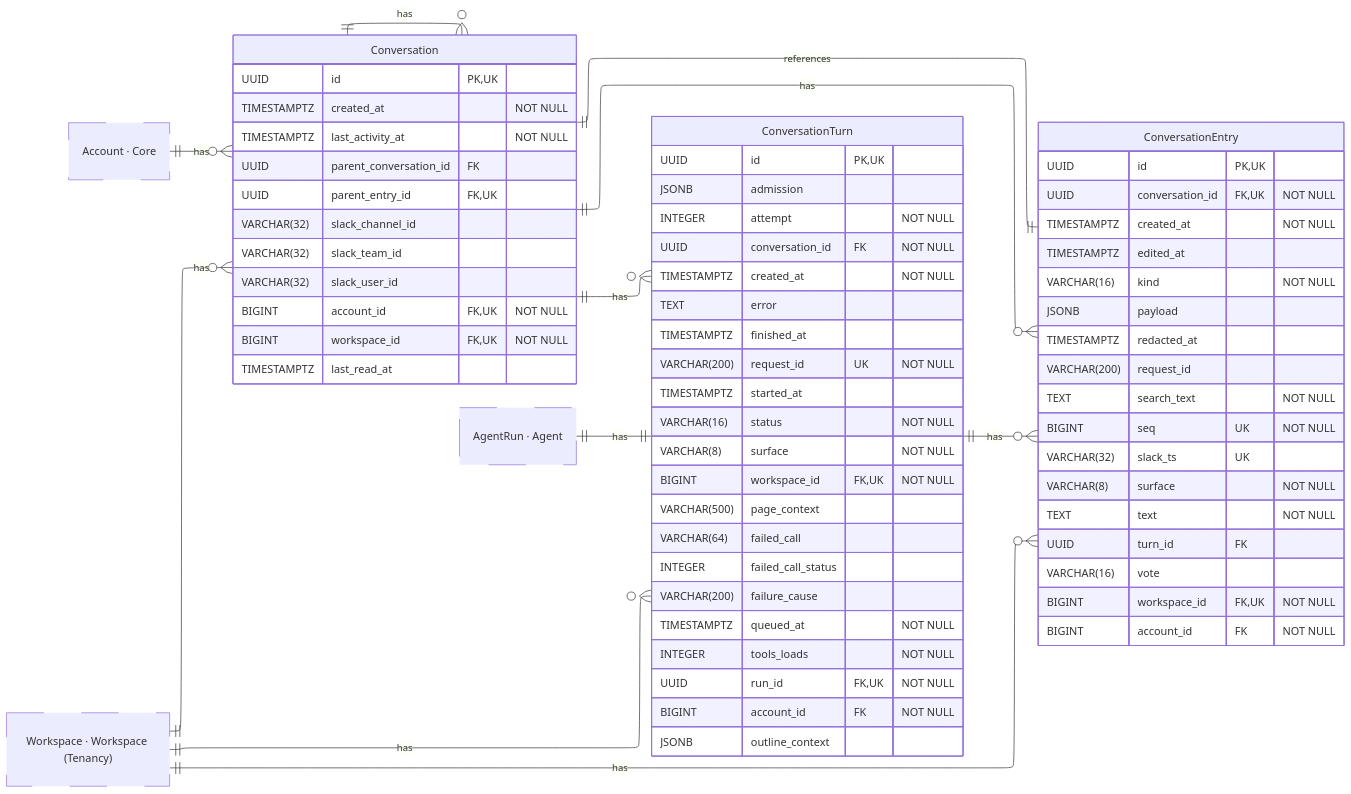
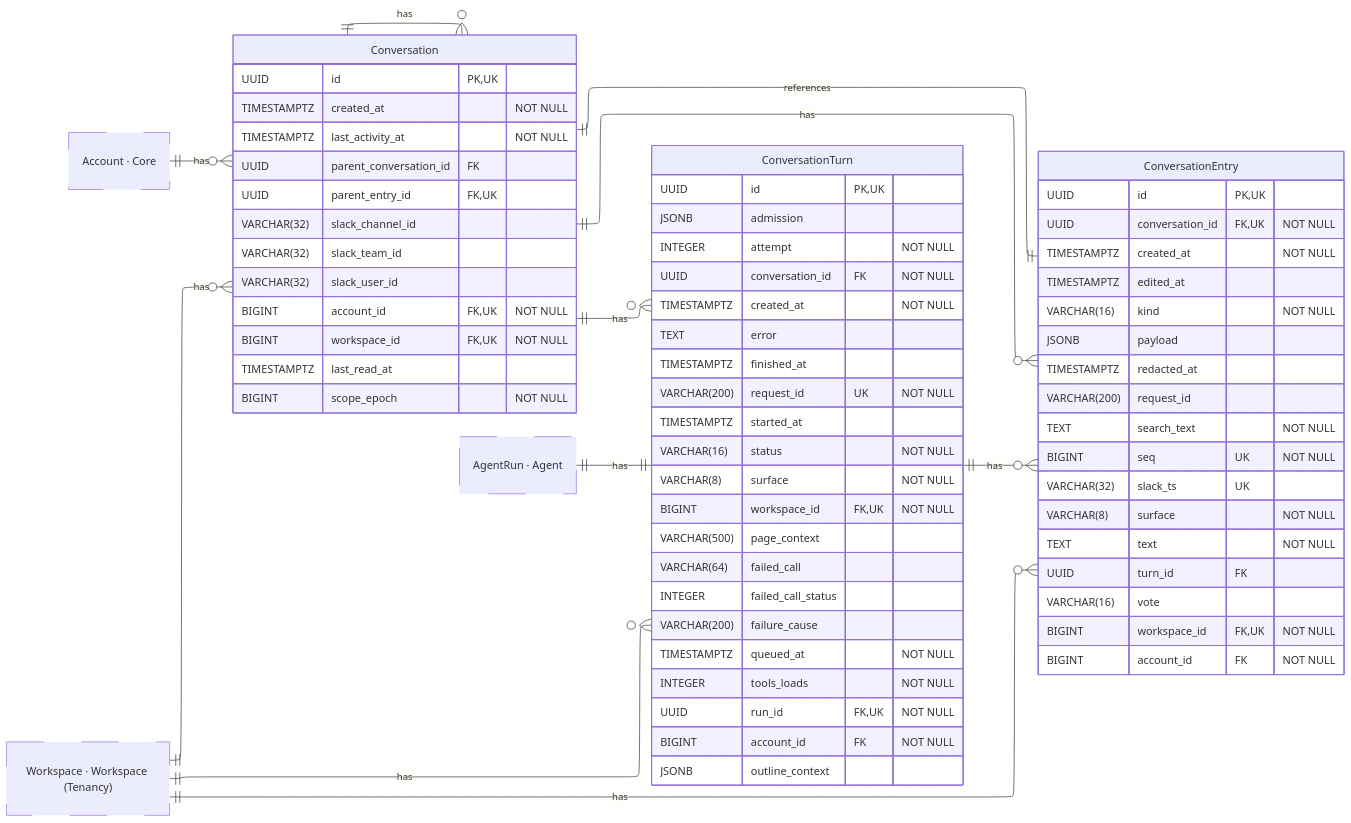
Before and after one commit to hephaestus-build/Hephaestus: the diagram in docs/contributor/erd/conversation.mmd, drawn with Mermaid. The commit also changed 76 other files, not shown here.

```diff
--- a/docs/contributor/erd/conversation.mmd
+++ b/docs/contributor/erd/conversation.mmd
@@ -1,97 +1,98 @@
 ---
 config:
     layout: elk
 ---
 erDiagram
     %% Generated automatically from PostgreSQL database schema
     %% using scripts/generate-mermaid-erd.ts
     %% To regenerate: vp run db:generate-erd-docs
 
     direction LR
 
     Conversation {
         UUID id PK,UK
         TIMESTAMPTZ created_at "NOT NULL"
         TIMESTAMPTZ last_activity_at "NOT NULL"
         UUID parent_conversation_id FK
         UUID parent_entry_id FK,UK
         VARCHAR(32) slack_channel_id
         VARCHAR(32) slack_team_id
         VARCHAR(32) slack_user_id
         BIGINT account_id FK,UK "NOT NULL"
         BIGINT workspace_id FK,UK "NOT NULL"
         TIMESTAMPTZ last_read_at
+        BIGINT scope_epoch "NOT NULL"
     }
 
     ConversationEntry {
         UUID id PK,UK
         UUID conversation_id FK,UK "NOT NULL"
         TIMESTAMPTZ created_at "NOT NULL"
         TIMESTAMPTZ edited_at
         VARCHAR(16) kind "NOT NULL"
         JSONB payload
         TIMESTAMPTZ redacted_at
         VARCHAR(200) request_id
         TEXT search_text "NOT NULL"
         BIGINT seq UK "NOT NULL"
         VARCHAR(32) slack_ts UK
         VARCHAR(8) surface "NOT NULL"
         TEXT text "NOT NULL"
         UUID turn_id FK
         VARCHAR(16) vote
         BIGINT workspace_id FK,UK "NOT NULL"
         BIGINT account_id FK "NOT NULL"
     }
 
     ConversationTurn {
         UUID id PK,UK
         JSONB admission
         INTEGER attempt "NOT NULL"
         UUID conversation_id FK "NOT NULL"
         TIMESTAMPTZ created_at "NOT NULL"
         TEXT error
         TIMESTAMPTZ finished_at
         VARCHAR(200) request_id UK "NOT NULL"
         TIMESTAMPTZ started_at
         VARCHAR(16) status "NOT NULL"
         VARCHAR(8) surface "NOT NULL"
         BIGINT workspace_id FK,UK "NOT NULL"
         VARCHAR(500) page_context
         VARCHAR(64) failed_call
         INTEGER failed_call_status
         VARCHAR(200) failure_cause
         TIMESTAMPTZ queued_at "NOT NULL"
         INTEGER tools_loads "NOT NULL"
         UUID run_id FK,UK "NOT NULL"
         BIGINT account_id FK "NOT NULL"
         JSONB outline_context
     }
 
     Account["Account · Core"]
     AgentRun["AgentRun · Agent"]
     Workspace["Workspace · Workspace (Tenancy)"]
 
     %% Relationships
     %% One-to-One relationships
     ConversationEntry ||--|| Conversation : references
     AgentRun ||--|| ConversationTurn : has
 
     %% One-to-Many relationships
     Account ||--o{ Conversation : has
     Conversation ||--o{ Conversation : has
     Workspace ||--o{ Conversation : has
     Conversation ||--o{ ConversationEntry : has
     ConversationTurn ||--o{ ConversationEntry : has
     Workspace ||--o{ ConversationEntry : has
     Conversation ||--o{ ConversationTurn : has
     Workspace ||--o{ ConversationTurn : has
 
     %% Styling
     classDef primaryEntity stroke-width:2px
     classDef associationEntity stroke-width:1px
     classDef metadataEntity stroke-width:1px
     classDef referenceEntity stroke-dasharray:5 5
 
     class Account referenceEntity
     class AgentRun referenceEntity
     class Workspace referenceEntity
```
